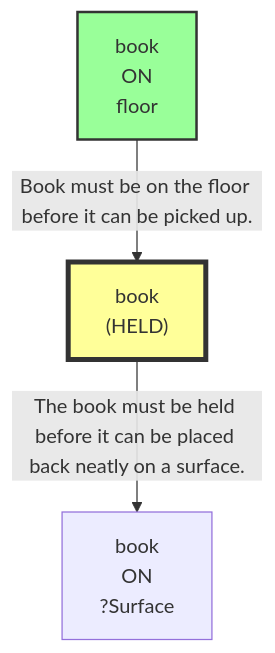
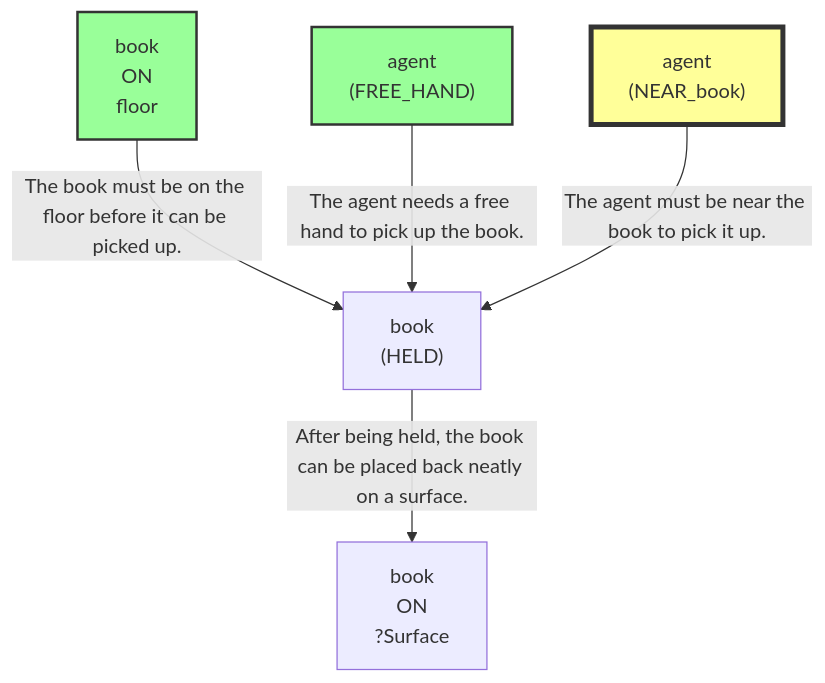
One commit to scuama/virtualhome changed the first of 15 diagrams in evaluation/results/table3/robostate/runs/without_goal_reasoning/G2_09/run_T3_without_goal_reasoning_G2_09.md. Above: the diagram before and after it, drawn with Mermaid. The commit also changed other lines of this file and 507 other files, not shown here.

````diff
--- a/evaluation/results/table3/robostate/runs/without_goal_reasoning/G2_09/run_T3_without_goal_reasoning_G2_09.md
+++ b/evaluation/results/table3/robostate/runs/without_goal_reasoning/G2_09/run_T3_without_goal_reasoning_G2_09.md
@@ -59,10 +64,15 @@
 ```mermaid
 graph TD
     N1["book<br>ON<br>floor"]
     style N1 fill:#9f9,stroke:#333,stroke-width:2px
     N2["book<br>(HELD)"]
-    style N2 fill:#ff9,stroke:#333,stroke-width:4px
     N3["book<br>ON<br>?Surface"]
-    N1 -->|"Book must be on the floor before it can be picked up."| N2
-    N2 -->|"The book must be held before it can be placed back neatly on a surface."| N3
+    N4["agent<br>(NEAR_book)"]
+    style N4 fill:#ff9,stroke:#333,stroke-width:4px
+    N5["agent<br>(FREE_HAND)"]
+    style N5 fill:#9f9,stroke:#333,stroke-width:2px
+    N1 -->|"The book must be on the floor before it can be picked up."| N2
+    N5 -->|"The agent needs a free hand to pick up the book."| N2
+    N2 -->|"After being held, the book can be placed back neatly on a surface."| N3
+    N4 -->|"The agent must be near the book to pick it up."| N2
 ```
````
